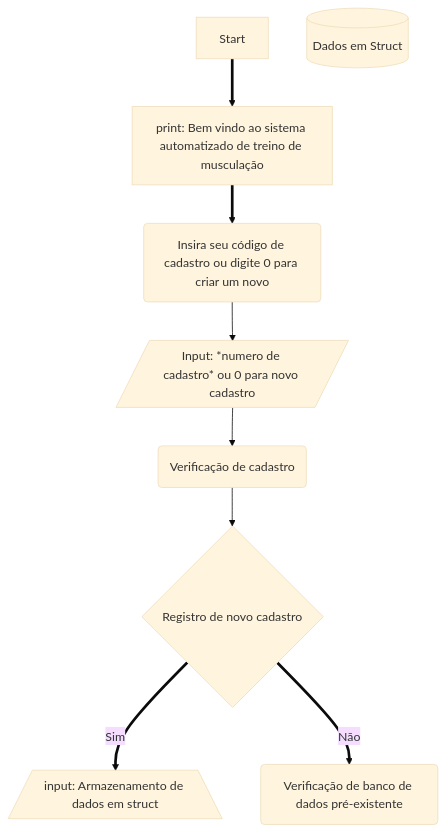
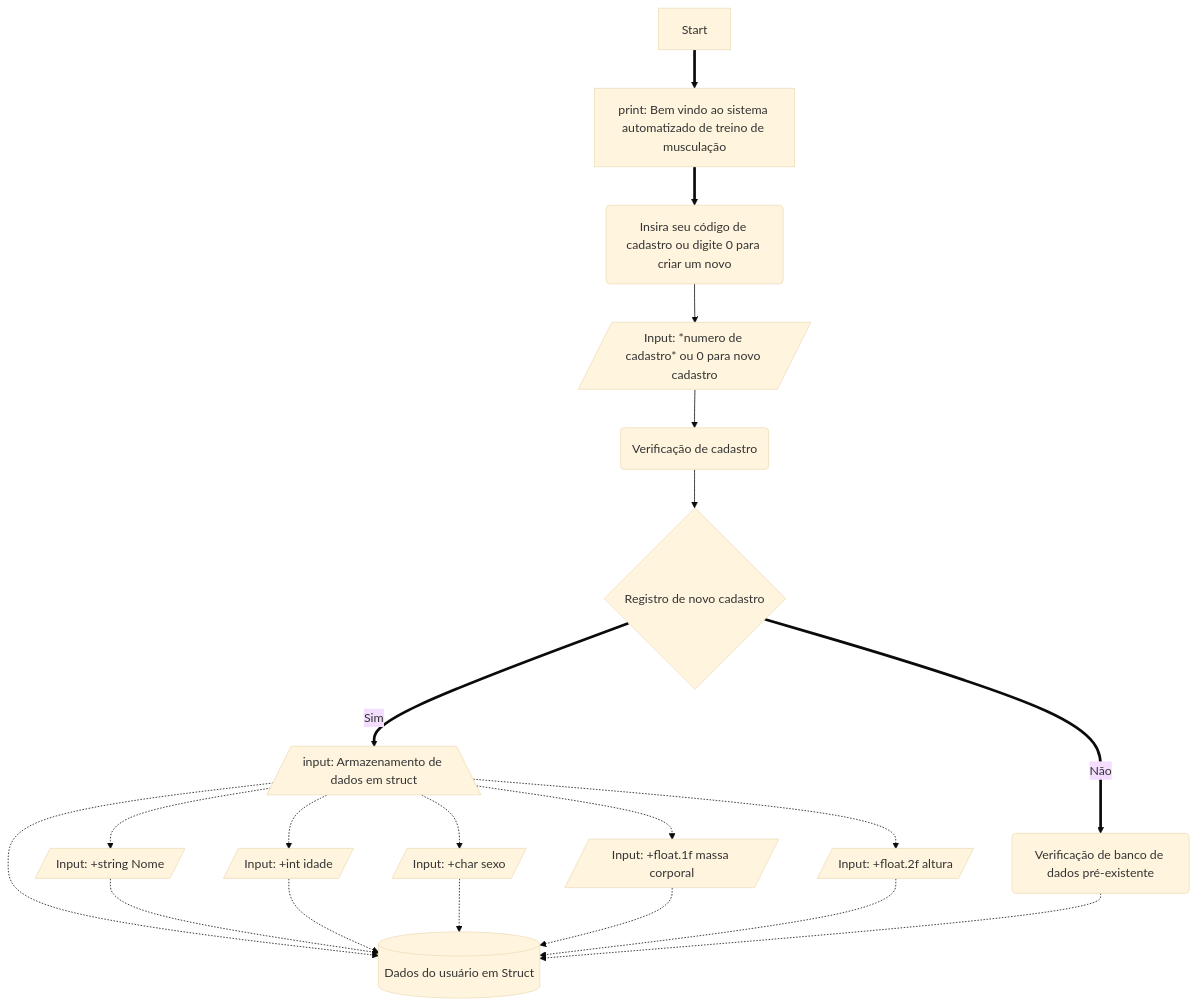
One commit to caio-passos/fichaacademia changed the second of 2 diagrams in readme.MD. Above: the diagram before and after it, drawn with Mermaid (base theme). The commit also changed other lines of this file, not shown here.

Commit message:
Projeto ficha academia

````diff
--- a/readme.MD
+++ b/readme.MD
@@ -61,16 +62,33 @@
-```Mermaid    
-        flowchart TD
+```mermaid    
+    flowchart TD
     Start ==> id1[print: Bem vindo ao sistema automatizado de treino de musculação]
     id1 ==> id2(Insira seu código de cadastro ou digite 0 para criar um novo)
     id2 -->id3
     id3[/Input: *numero de cadastro* ou 0 para novo cadastro/]
     id3 --> id4
     id4(Verificação de cadastro)
     id4 --> id5
     id5{Registro de novo cadastro}
     id5 ==> |Sim| id6   
     id5 ==> |Não| id7
     id6[/input: Armazenamento de dados em struct\]
     id7(Verificação de banco de dados pré-existente)
-    id0[(Dados em Struct)]
-   ```
+    id0[(Dados do usuário em Struct)]
+    id6 & id7 -.-> id0
+    id6 -.-> id8 & id9 & id10 & id11 & id12
+    id8 -.-> id0
+    id9 -.-> id0
+    id10 -.-> id0
+    id11 -.-> id0
+    id12 -.-> id0
+    
+    id8[/Input: +string Nome/]
+    id9[/Input: +int idade/]
+    id10[/Input: +char sexo/]
+    id11[/Input: +float.1f massa corporal/]
+    id12[/Input: +float.2f altura/]
+    
+    
+
+    
+ ```
````
